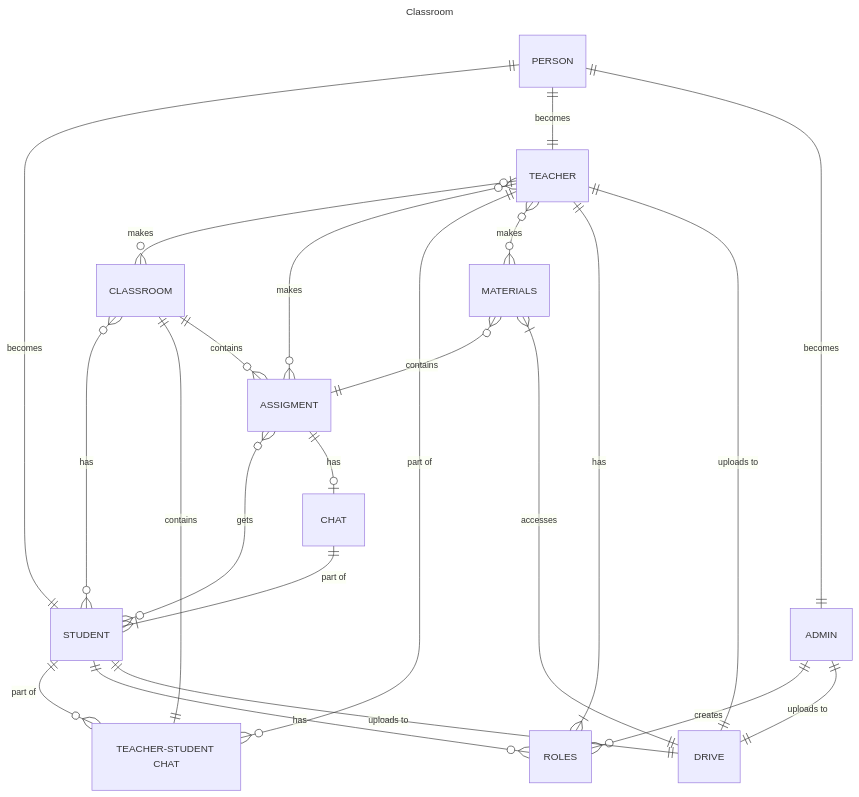
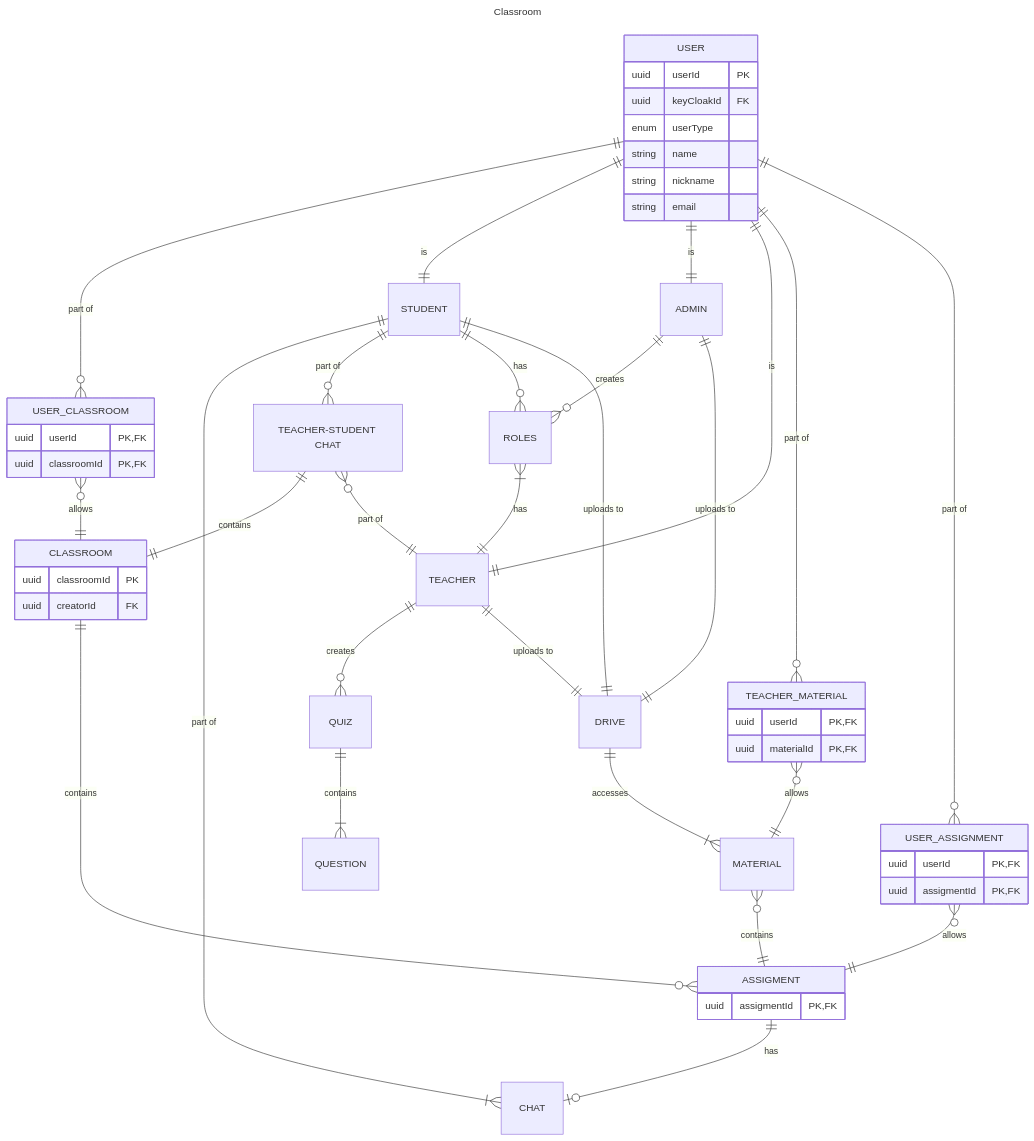
One commit to Pollak-Projects/lp changed the diagram in documentation/diagrams/diagrams.md. Above: the diagram before and after it, drawn with Mermaid.

````diff
--- a/documentation/diagrams/diagrams.md
+++ b/documentation/diagrams/diagrams.md
@@ -4,34 +4,87 @@
 ---
 
 erDiagram
-    PERSON ||--|| STUDENT : becomes
-    PERSON ||--|| TEACHER : becomes
-    PERSON ||--|| ADMIN : becomes
+    USER ||--o{ USER_CLASSROOM : "part of"
+    USER_CLASSROOM }o--|| CLASSROOM : allows
+    USER ||--|| STUDENT : is
+    USER ||--|| ADMIN : is
+    USER ||--|| TEACHER : is
 
-    TEACHER |o--o{ CLASSROOM : makes
-    TEACHER }o--o{ ASSIGMENT : makes
-    TEACHER ||--o{ "TEACHER-STUDENT CHAT" : "part of"
-    TEACHER }o--o{ MATERIALS : makes
-    TEACHER ||--|{ ROLES : has
+%%    TEACHER }o--o{ CLASSROOM : creates
+    TEACHER ||--o{ QUIZ : creates
+%%    TEACHER }o--o{ ASSIGMENT : makes
+    ROLES }|--|| TEACHER : has
 
-    ASSIGMENT }o--o{ STUDENT : gets
+    QUIZ ||--|{ QUESTION : contains
 
-    MATERIALS }o--|| ASSIGMENT : contains
-    MATERIALS }|--|| DRIVE : accesses
+%%    STUDENT }o--o{ ASSIGMENT : gets
 
-    CLASSROOM }o--o{ STUDENT : has
-    CLASSROOM ||--|| "TEACHER-STUDENT CHAT" : contains
+    "TEACHER-STUDENT CHAT" ||--|| CLASSROOM : contains
+
+    MATERIAL }o--|| ASSIGMENT : contains
+    DRIVE ||--|{ MATERIAL : accesses
+
+%%    STUDENT }o--o{ CLASSROOM : "part of"
+    "TEACHER-STUDENT CHAT" }o--|| TEACHER : "part of"
     CLASSROOM ||--o{ ASSIGMENT : contains
 
     ASSIGMENT ||--o| CHAT : has
-    CHAT ||--|{ STUDENT : "part of"
+    STUDENT ||--|{ CHAT : "part of"
 
-    STUDENT ||--o{ "TEACHER-STUDENT CHAT" : "part of"
+    STUDENT ||--o{  "TEACHER-STUDENT CHAT" : "part of"
     STUDENT ||--o{ ROLES : has
-
-    ADMIN ||--o{ ROLES : creates
 
     STUDENT ||--|| DRIVE : "uploads to"
     TEACHER ||--|| DRIVE : "uploads to"
+%%    TEACHER }o--o{ MATERIAL : makes
+    ADMIN ||--o{ ROLES : creates
     ADMIN ||--|| DRIVE : "uploads to"
+
+    USER ||--o{ TEACHER_MATERIAL : "part of"
+    TEACHER_MATERIAL }o--|| MATERIAL : allows
+
+    USER ||--o{ USER_ASSIGNMENT : "part of"
+    USER_ASSIGNMENT }o--|| ASSIGMENT : allows
+
+
+%% Connection tables
+    USER_CLASSROOM {
+        uuid userId PK, FK
+        uuid classroomId PK, FK
+    }
+
+    USER_ASSIGNMENT {
+        uuid userId PK, FK
+        uuid assigmentId PK, FK
+    }
+
+    TEACHER_MATERIAL {
+        uuid userId PK, FK
+        uuid materialId PK, FK
+    }
+
+
+%% Definitions of attributes
+    USER {
+        uuid userId PK
+    %% TODO figure out what keycloak gives as an identifier
+        uuid keyCloakId FK
+        enum userType
+        string name
+        string nickname
+        string email
+    }
+
+    TEACHER {
+    %% uuid userId FK
+    }
+
+    CLASSROOM {
+        uuid classroomId PK
+        uuid creatorId FK
+    }
+
+    ASSIGMENT {
+        uuid assigmentId PK, FK
+    }
 ```
````
